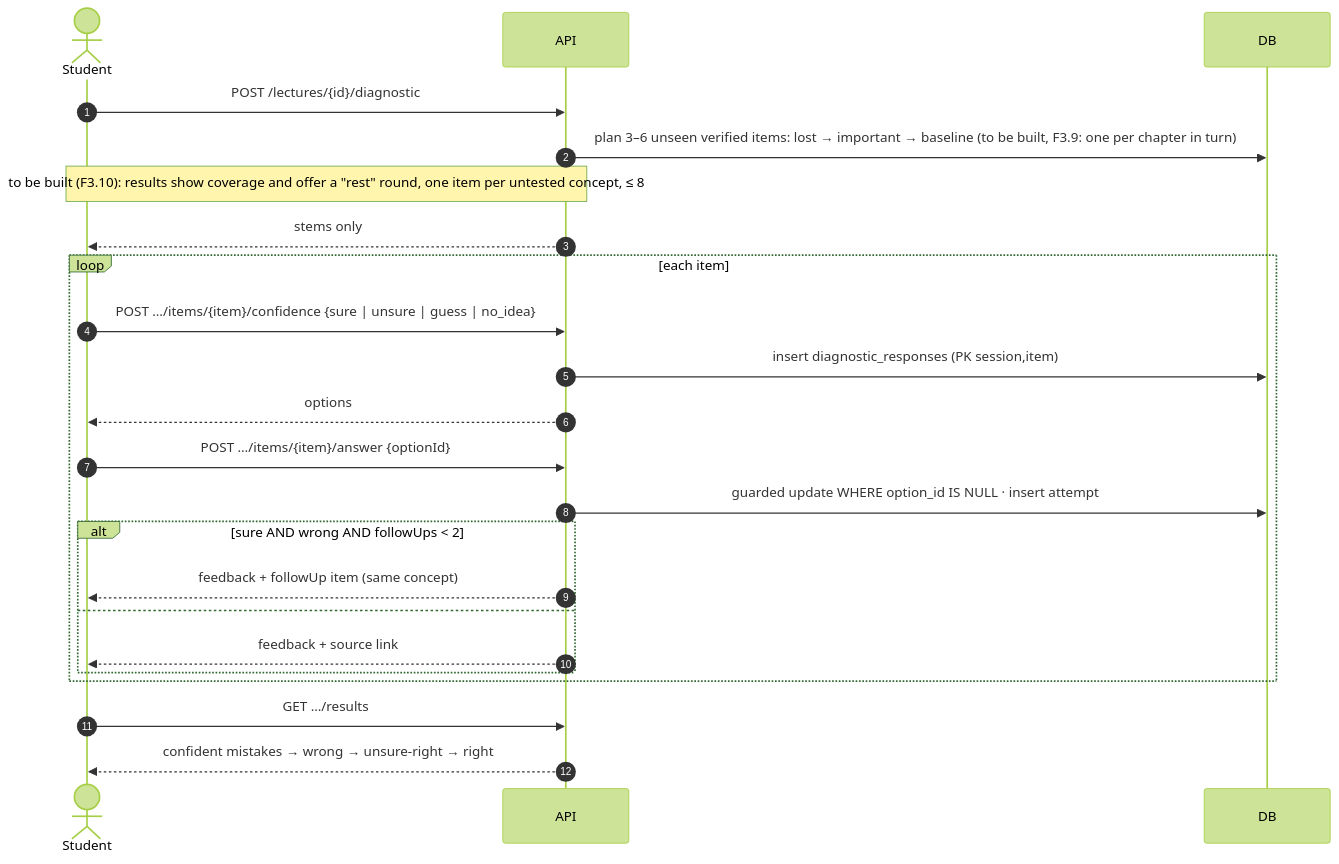
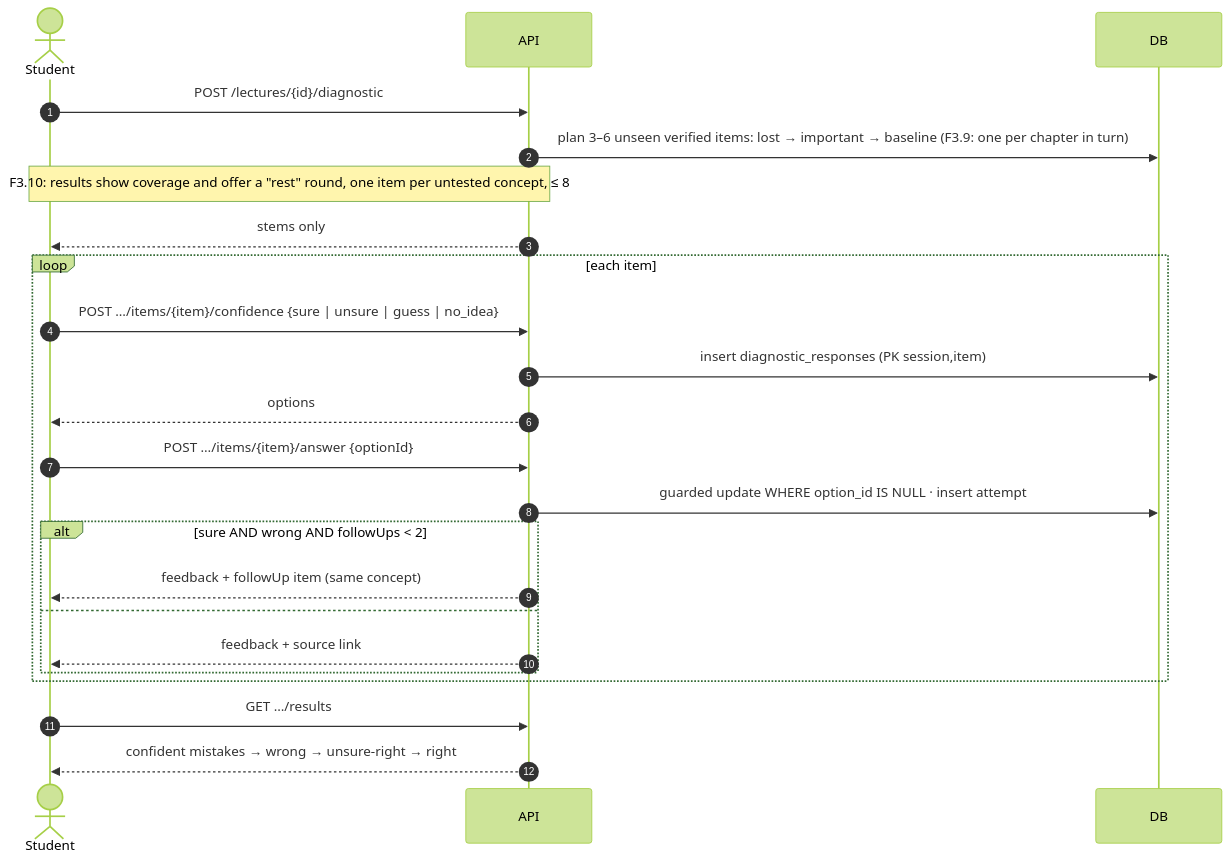
One commit to adamchok/Lectheo changed the fifth of 6 diagrams in docs/Lectheo Architecture.md. Above: the diagram before and after it, drawn with Mermaid (forest theme). The commit also changed 29 other files, not shown here.

First line of the commit message:
feat(diagnostic): coverage, Test the rest and baseline spread (F3.9–F3.11) (#34)

````diff
--- a/docs/Lectheo Architecture.md
+++ b/docs/Lectheo Architecture.md
@@ -237,26 +237,26 @@
 ```mermaid
 sequenceDiagram
     autonumber
     actor S as Student
     participant API
     participant DB
 
     S->>API: POST /lectures/{id}/diagnostic
-    API->>DB: plan 3–6 unseen verified items: lost → important → baseline (to be built, F3.9: one per chapter in turn)
-    Note over S,API: to be built (F3.10): results show coverage and offer a "rest" round, one item per untested concept, ≤ 8
+    API->>DB: plan 3–6 unseen verified items: lost → important → baseline (F3.9: one per chapter in turn)
+    Note over S,API: F3.10: results show coverage and offer a "rest" round, one item per untested concept, ≤ 8
     API-->>S: stems only
     loop each item
         S->>API: POST …/items/{item}/confidence {sure | unsure | guess | no_idea}
         API->>DB: insert diagnostic_responses (PK session,item)
         API-->>S: options
         S->>API: POST …/items/{item}/answer {optionId}
         API->>DB: guarded update WHERE option_id IS NULL · insert attempt
         alt sure AND wrong AND followUps < 2
             API-->>S: feedback + followUp item (same concept)
         else
             API-->>S: feedback + source link
         end
     end
     S->>API: GET …/results
     API-->>S: confident mistakes → wrong → unsure-right → right
 ```
````
